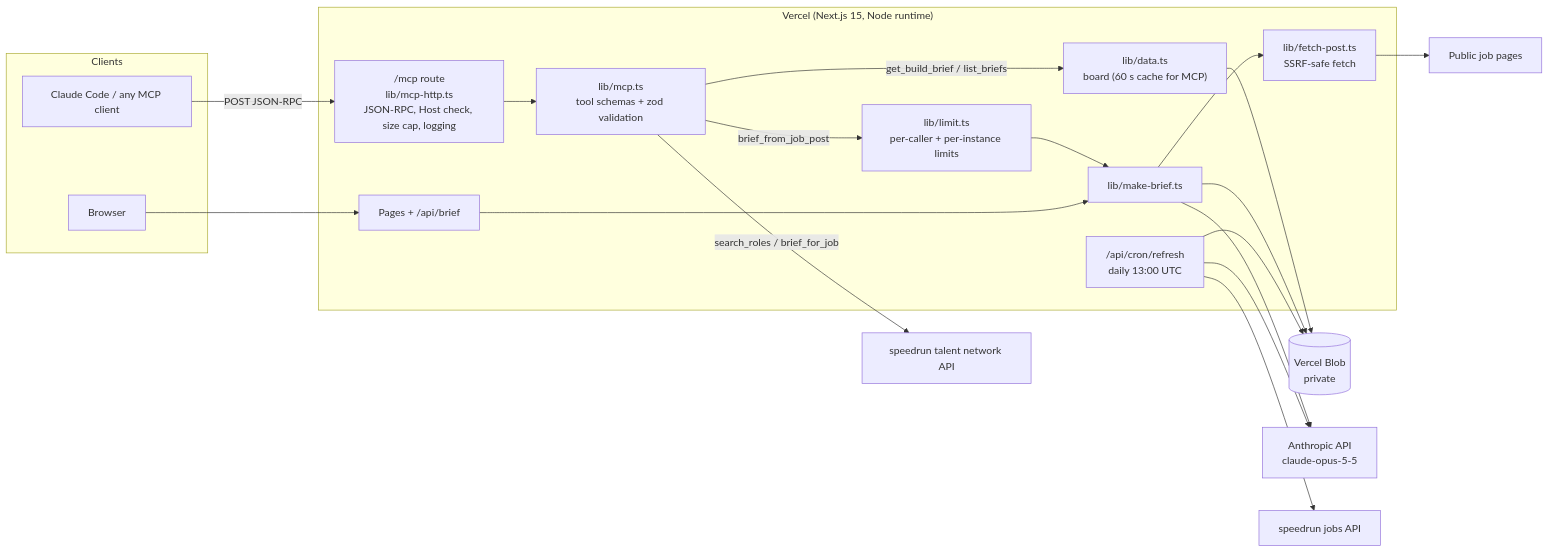
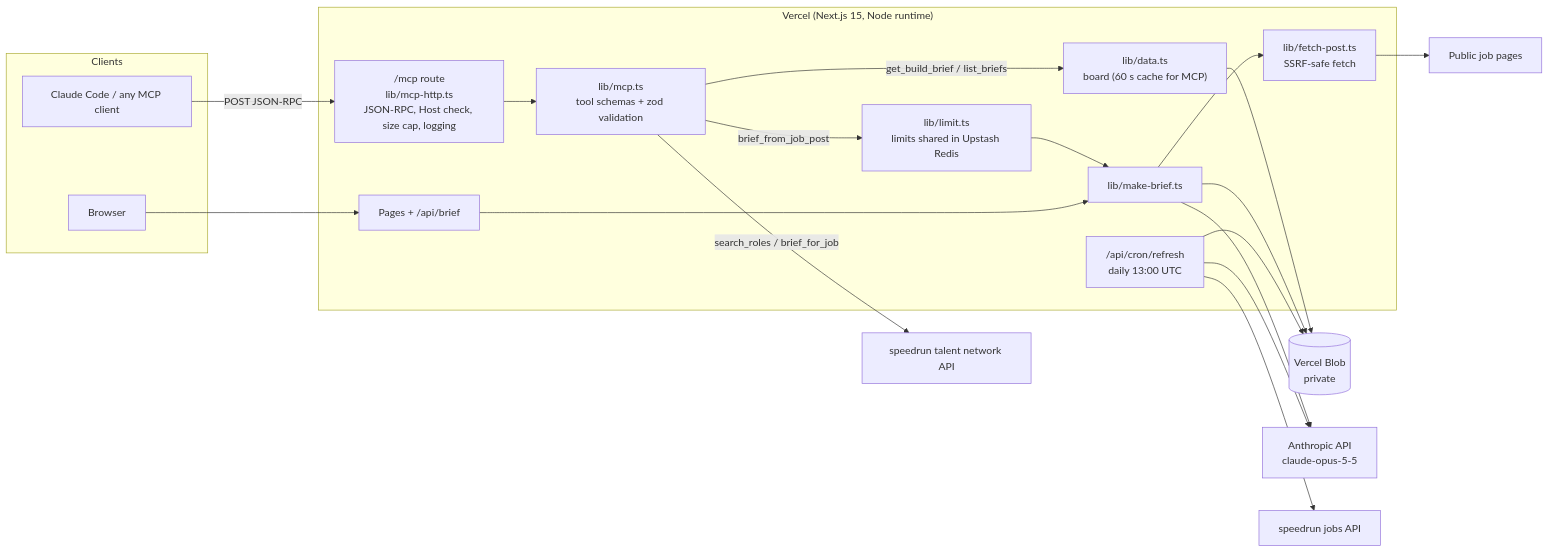
Before and after one commit to ahdithanu/one-link: the diagram in README.md, drawn with Mermaid. The commit also changed other lines of this file and 15 other files, not shown here.

First line of the commit message:
Share rate limits and the daily brief budget through Upstash Redis

````diff
--- a/README.md
+++ b/README.md
@@ -32,34 +32,34 @@
 ```mermaid
 flowchart LR
   subgraph Clients
     A[Claude Code / any MCP client]
     B[Browser]
   end
   subgraph Vercel["Vercel (Next.js 15, Node runtime)"]
     M["/mcp route<br/>lib/mcp-http.ts<br/>JSON-RPC, Host check, size cap, logging"]
     T["lib/mcp.ts<br/>tool schemas + zod validation"]
     P["Pages + /api/brief"]
-    L["lib/limit.ts<br/>per-caller + per-instance limits"]
+    L["lib/limit.ts<br/>limits shared in Upstash Redis"]
     G["lib/make-brief.ts"]
     F["lib/fetch-post.ts<br/>SSRF-safe fetch"]
     D["lib/data.ts<br/>board (60 s cache for MCP)"]
     C["/api/cron/refresh<br/>daily 13:00 UTC"]
   end
   S[(Vercel Blob<br/>private)]
   X[Anthropic API<br/>claude-opus-5-5]
   J[speedrun jobs API]
   W[Public job pages]
 
   A -- POST JSON-RPC --> M --> T
   B --> P
   T -- get_build_brief / list_briefs --> D --> S
   T -- search_roles / brief_for_job --> N[speedrun talent network API]
   T -- brief_from_job_post --> L --> G
   P --> G
   G --> F --> W
   G --> X
   G --> S
   C --> J
   C --> X
   C --> S
 ```
````
